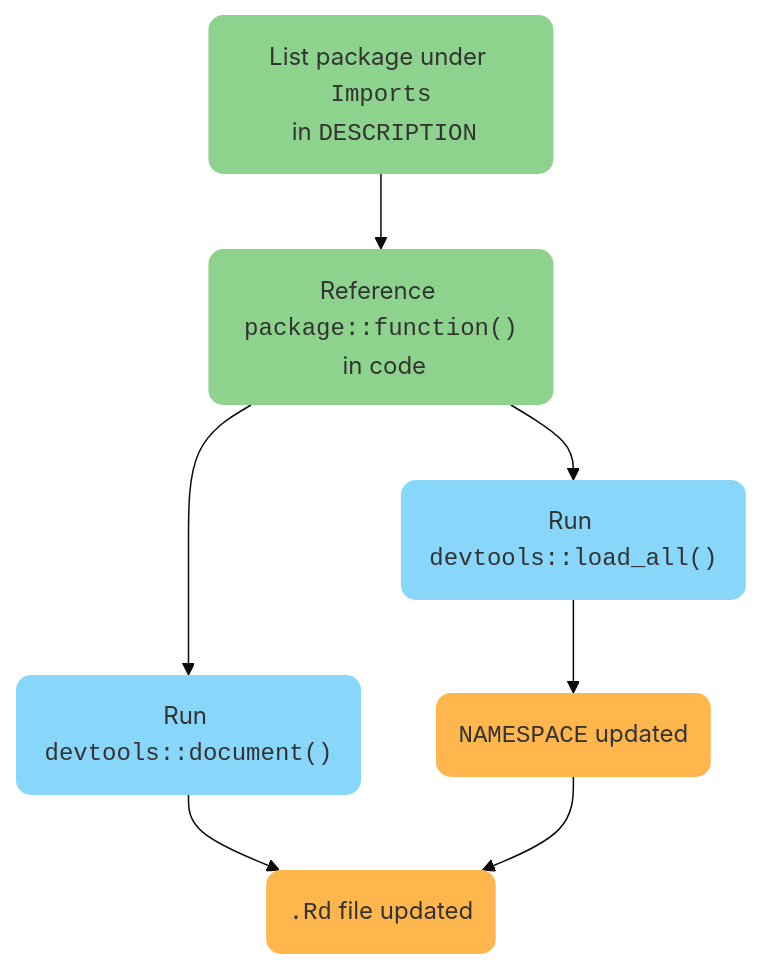
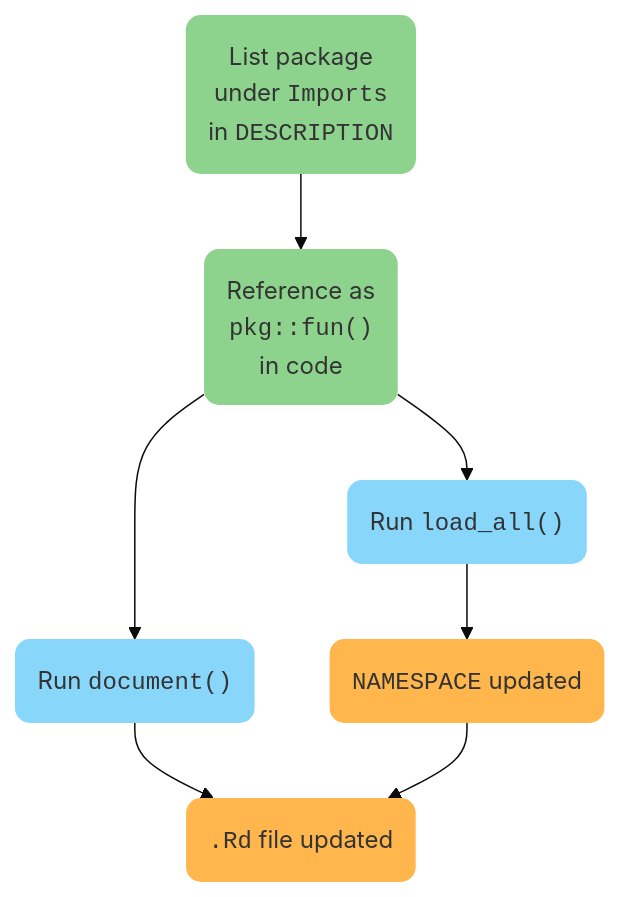
Before and after one commit to mjfrigaard/shiny-app-pkgs: the third of 3 diagrams in dependencies.qmd, drawn with Mermaid. The commit also changed other lines of this file and 85 other files, not shown here.

Commit message:
fix mermaid charts

````diff
--- a/dependencies.qmd
+++ b/dependencies.qmd
@@ -1095,28 +1098,32 @@
 ```{mermaid}
 %%| fig-width: 6.5
 %%| fig-align: center
 %%| fig-cap: '`devtools::document` does not change the `DESCRIPTION` file'
 %%{init: {'theme': 'base', 'themeVariables': { 'fontFamily': 'Inconsolata'}}}%%
 
 flowchart TD
-  Imports("List package under <code>Imports</code>\n in <code>DESCRIPTION</code>")
-  Reference("Reference <code>package::function()</code>\n in code")
-  LoadAll("Run <code>devtools::load_all()</code>")
-  Document("Run <code>devtools::document()</code>")
+  Imports("List package 
+          under <code>Imports</code>
+          in <code>DESCRIPTION</code>")
+  Reference("Reference as
+            <code>pkg::fun()</code>
+            in code")
+  LoadAll("Run <code>load_all()</code>")
+  Document("Run <code>document()</code>")
   NamespaceUpdated("<code>NAMESPACE</code> updated")
   RdFileUpdated("<code>.Rd</code> file updated")
 
   Imports --> Reference
   Reference --> LoadAll
   Reference --> Document
   LoadAll --> NamespaceUpdated
   Document --> RdFileUpdated
   NamespaceUpdated --> RdFileUpdated
   
   style Imports fill:#8dd38d,stroke:none,rx:10,ry:10;
   style Reference fill:#8dd38d,stroke:none,rx:10,ry:10;
   style LoadAll fill:#89D6FB,stroke:none,rx:10,ry:10;
   style Document fill:#89D6FB,stroke:none,rx:10,ry:10;
   style NamespaceUpdated fill:#FFB64C,stroke:none,rx:10,ry:10;
   style RdFileUpdated fill:#FFB64C,stroke:none,rx:10,ry:10;
 ```
````
